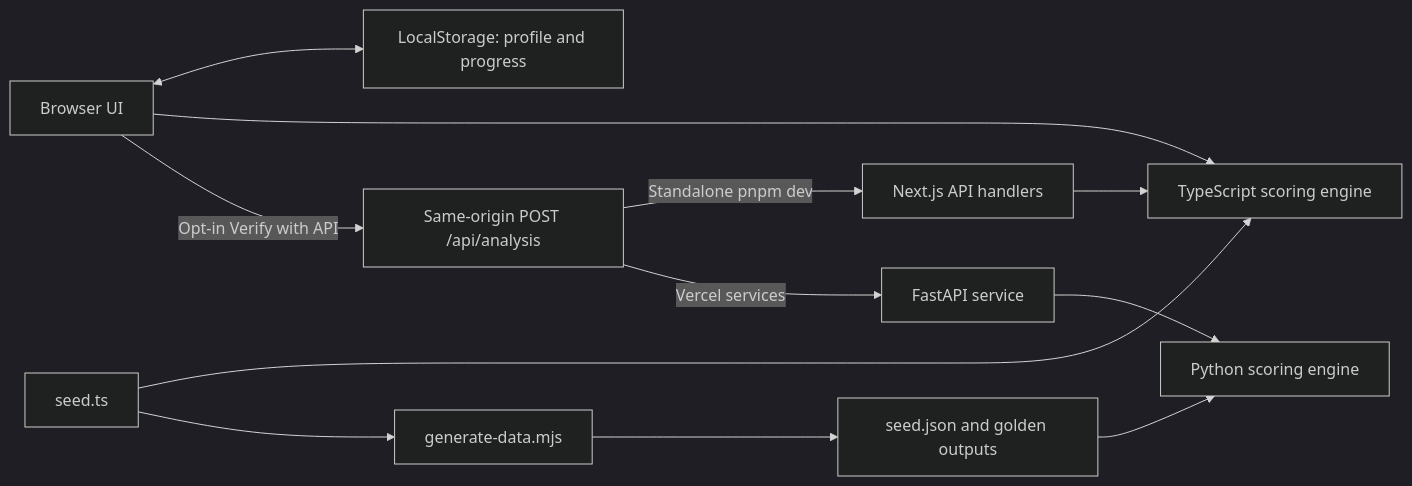
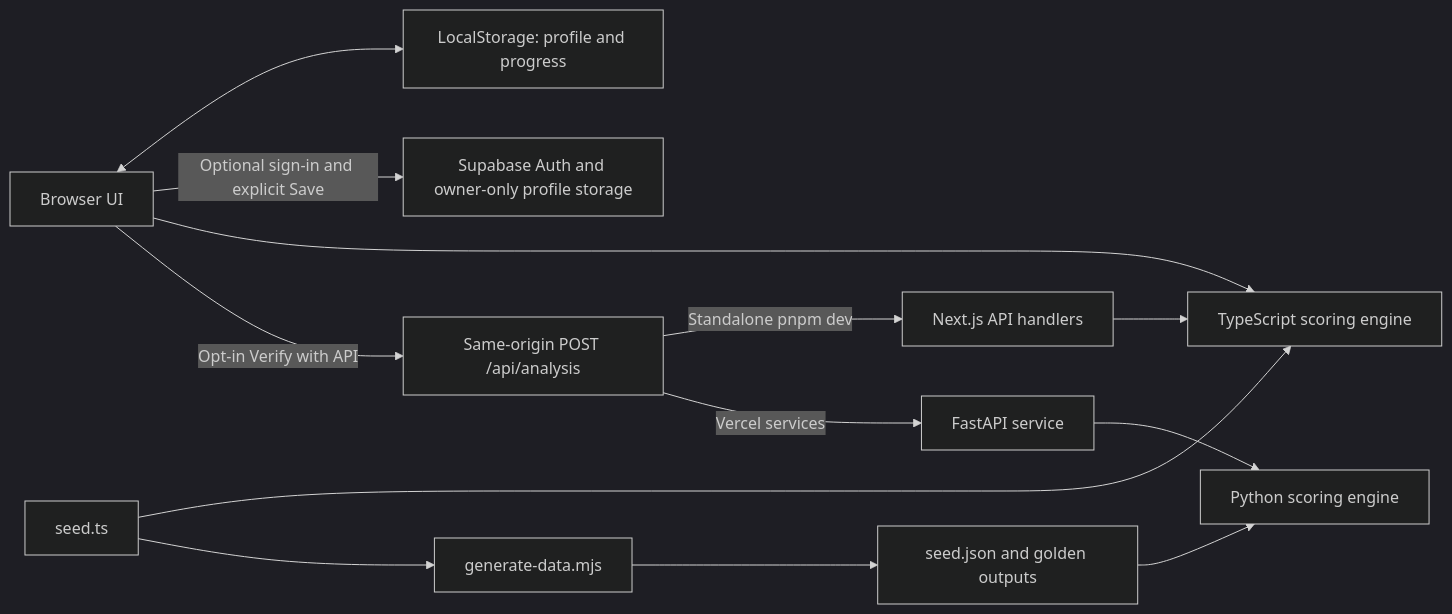
Before and after one commit to truffleloaf/SDC-Hack: the diagram in README.md, drawn with Mermaid (dark theme). The commit also changed other lines of this file and 64 other files, not shown here.

Commit message:
Make Pivott a personal workspace with optional Supabase saving

````diff
--- a/README.md
+++ b/README.md
@@ -13,14 +13,15 @@
 ```mermaid
 flowchart LR
   Browser[Browser UI] <--> Local[LocalStorage: profile and progress]
+  Browser -->|Optional sign-in and explicit Save| Supabase[Supabase Auth and owner-only profile storage]
   Browser --> TS[TypeScript scoring engine]
   Seed[seed.ts] --> TS
   Seed --> Export[generate-data.mjs]
   Export --> JSON[seed.json and golden outputs]
   JSON --> Python[Python scoring engine]
   Browser -->|Opt-in Verify with API| Router[Same-origin POST /api/analysis]
   Router -->|Standalone pnpm dev| Next[Next.js API handlers]
   Next --> TS
   Router -->|Vercel services| FastAPI[FastAPI service]
   FastAPI --> Python
 ```
````
